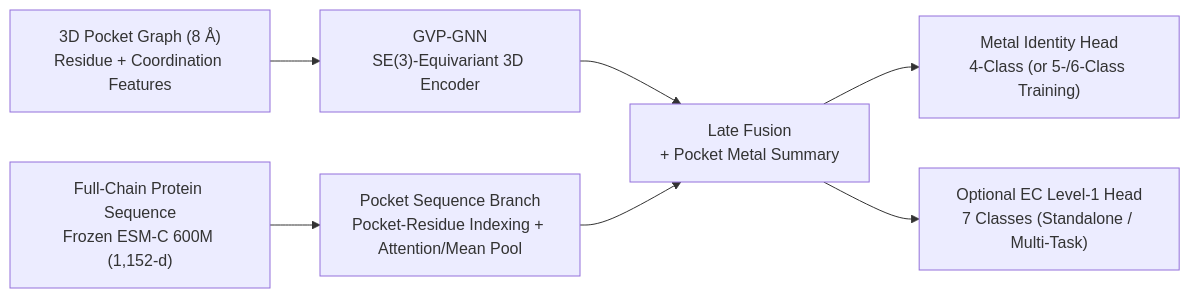
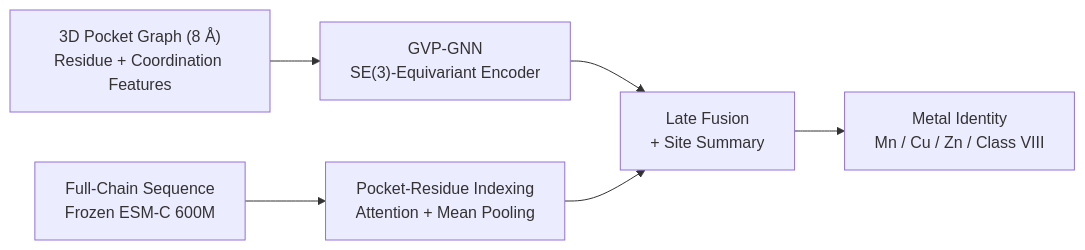
One commit to MECHTI1/DeepMzyme changed the diagram in README.md. Above: the diagram before and after it, drawn with Mermaid. The commit also changed other lines of this file and 16 other files, not shown here.

````diff
--- a/README.md
+++ b/README.md
@@ -32,9 +17,8 @@
 ```mermaid
 flowchart LR
-    Pocket["3D Pocket Graph (8 Å)<br/>Residue + Coordination Features"] --> GVP["GVP-GNN<br/>SE(3)-Equivariant 3D Encoder"]
-    Seq["Full-Chain Protein Sequence<br/>Frozen ESM-C 600M (1,152-d)"] --> ESM["Pocket Sequence Branch<br/>Pocket-Residue Indexing + Attention/Mean Pool"]
-    GVP --> Fusion["Late Fusion<br/>+ Pocket Metal Summary"]
-    ESM --> Fusion
-    Fusion --> Metal["Metal Identity Head<br/>4-Class (or 5-/6-Class Training)"]
-    Fusion --> EC["Optional EC Level-1 Head<br/>7 Classes (Standalone / Multi-Task)"]
+    Pocket["3D Pocket Graph (8 Å)<br/>Residue + Coordination Features"] --> GVP["GVP-GNN<br/>SE(3)-Equivariant Encoder"]
+    Seq["Full-Chain Sequence<br/>Frozen ESM-C 600M"] --> Pool["Pocket-Residue Indexing<br/>Attention + Mean Pooling"]
+    GVP --> Fusion["Late Fusion<br/>+ Site Summary"]
+    Pool --> Fusion
+    Fusion --> Metal["Metal Identity<br/>Mn / Cu / Zn / Class VIII"]
 ```
````
